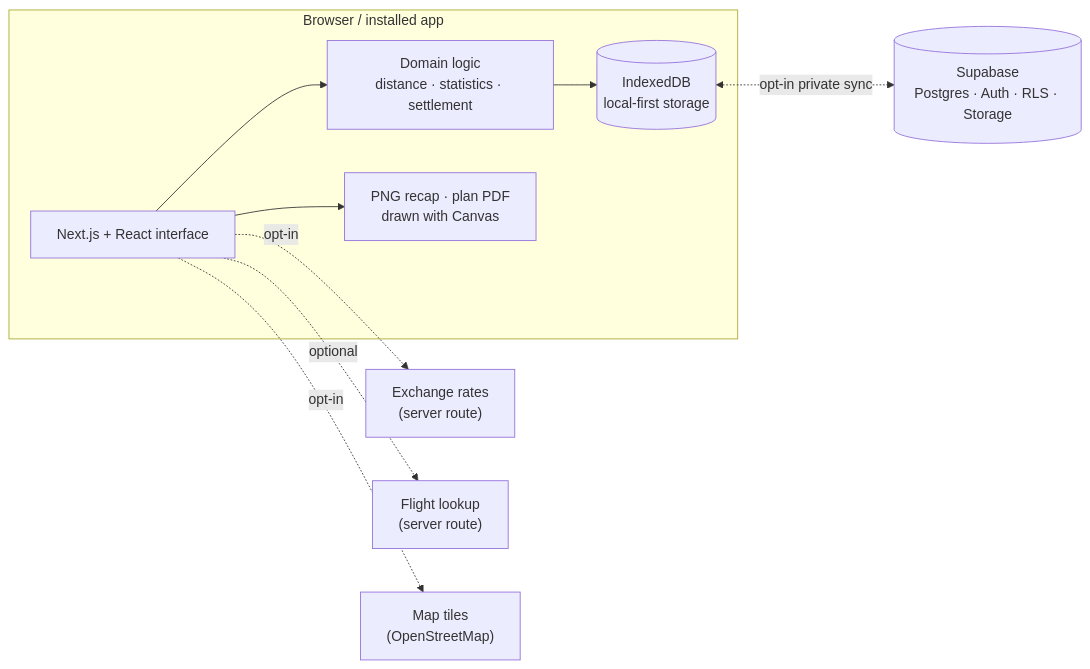
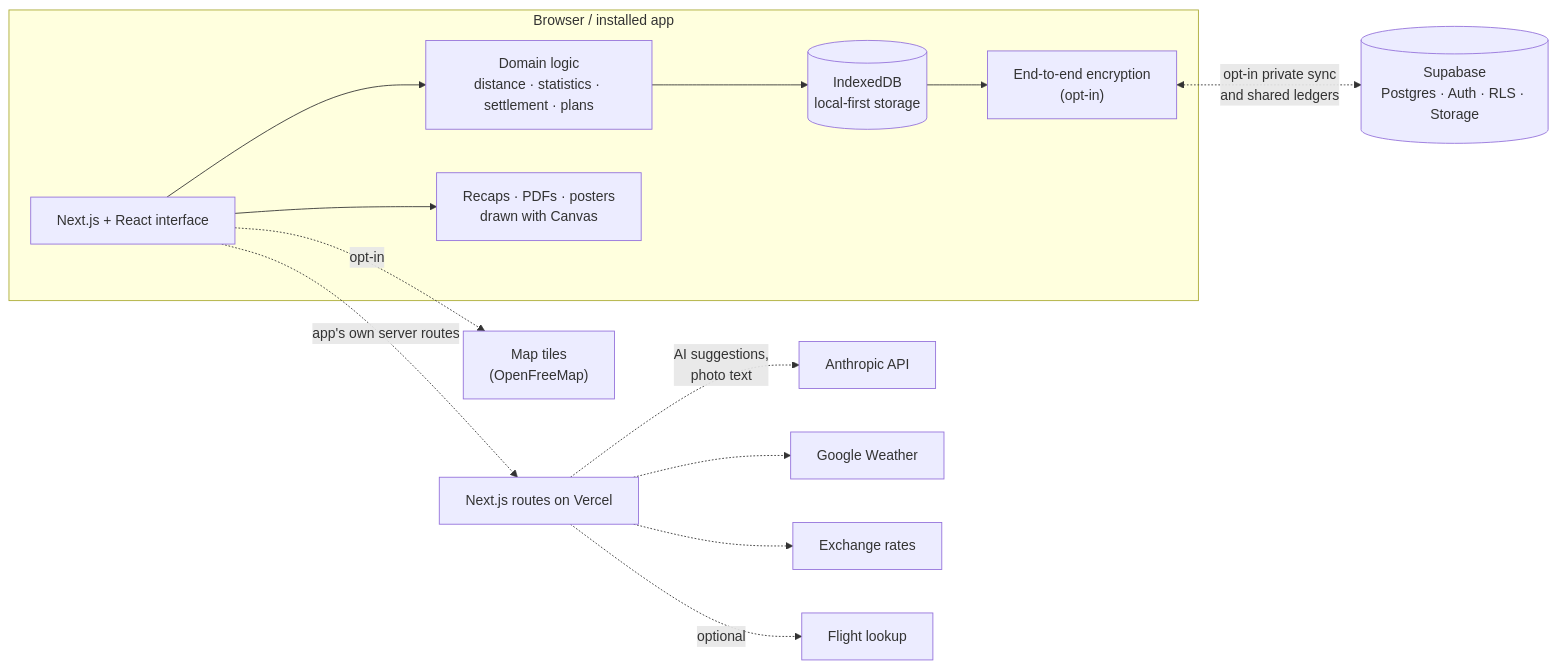
Before and after one commit to claire2425/jourmark: the diagram in README.md, drawn with Mermaid. The commit also changed other lines of this file and 13 other files, not shown here.

````diff
--- a/README.md
+++ b/README.md
@@ -89,12 +153,16 @@
 ```mermaid
 flowchart LR
   subgraph Device["Browser / installed app"]
-    UI["Next.js + React interface"] --> Logic["Domain logic<br/>distance · statistics · settlement"]
+    UI["Next.js + React interface"] --> Logic["Domain logic<br/>distance · statistics · settlement · plans"]
     Logic --> Store[("IndexedDB<br/>local-first storage")]
-    UI --> Recap["PNG recap · plan PDF<br/>drawn with Canvas"]
+    UI --> Draw["Recaps · PDFs · posters<br/>drawn with Canvas"]
+    Store --> Crypto["End-to-end encryption<br/>(opt-in)"]
   end
-  Store <-. "opt-in private sync" .-> Cloud[("Supabase<br/>Postgres · Auth · RLS · Storage")]
-  UI -. "opt-in" .-> Rates["Exchange rates<br/>(server route)"]
-  UI -. "optional" .-> Flights["Flight lookup<br/>(server route)"]
-  UI -. "opt-in" .-> Tiles["Map tiles<br/>(OpenStreetMap)"]
+  Crypto <-. "opt-in private sync<br/>and shared ledgers" .-> Cloud[("Supabase<br/>Postgres · Auth · RLS · Storage")]
+  UI -. "app's own server routes" .-> Server["Next.js routes on Vercel"]
+  Server -. "AI suggestions,<br/>photo text" .-> AI["Anthropic API"]
+  Server -.-> Weather["Google Weather"]
+  Server -.-> Rates["Exchange rates"]
+  Server -. "optional" .-> Flights["Flight lookup"]
+  UI -. "opt-in" .-> Tiles["Map tiles<br/>(OpenFreeMap)"]
 ```
````
